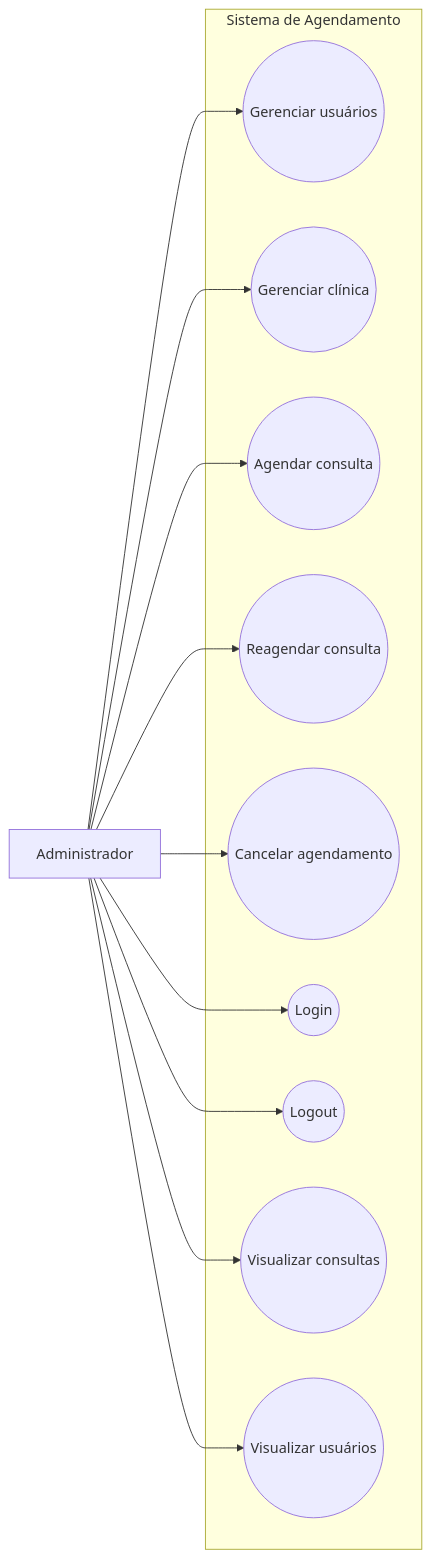
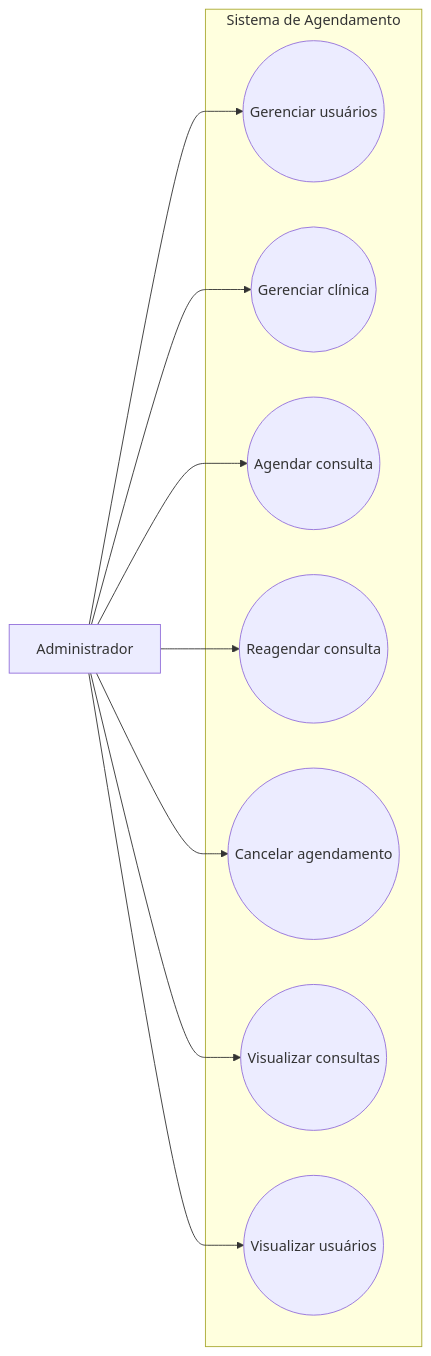
One commit to InsaneCaio/SICA changed the diagram in docs/casos de uso/administrador.md. Above: the diagram before and after it, drawn with Mermaid. The commit also changed other lines of this file, not shown here.

Commit message:
Remove Login and Logout from admin use cases

````diff
--- a/docs/casos de uso/administrador.md
+++ b/docs/casos de uso/administrador.md
@@ -17,27 +15,23 @@
 ```mermaid
 flowchart LR
     A[Administrador]
 
     subgraph Sistema de Agendamento
         UC1((Gerenciar usuários))
         UC2((Gerenciar clínica))
         UC3((Agendar consulta))
         UC4((Reagendar consulta))
         UC5((Cancelar agendamento))
-        UC6((Login))
-        UC7((Logout))
-        UC8((Visualizar consultas))
-        UC9((Visualizar usuários))
+        UC6((Visualizar consultas))
+        UC7((Visualizar usuários))
     end
 
     A --> UC1
     A --> UC2
     A --> UC3
     A --> UC4
     A --> UC5
     A --> UC6
     A --> UC7
-    A --> UC8
-    A --> UC9
 
 ```
````
